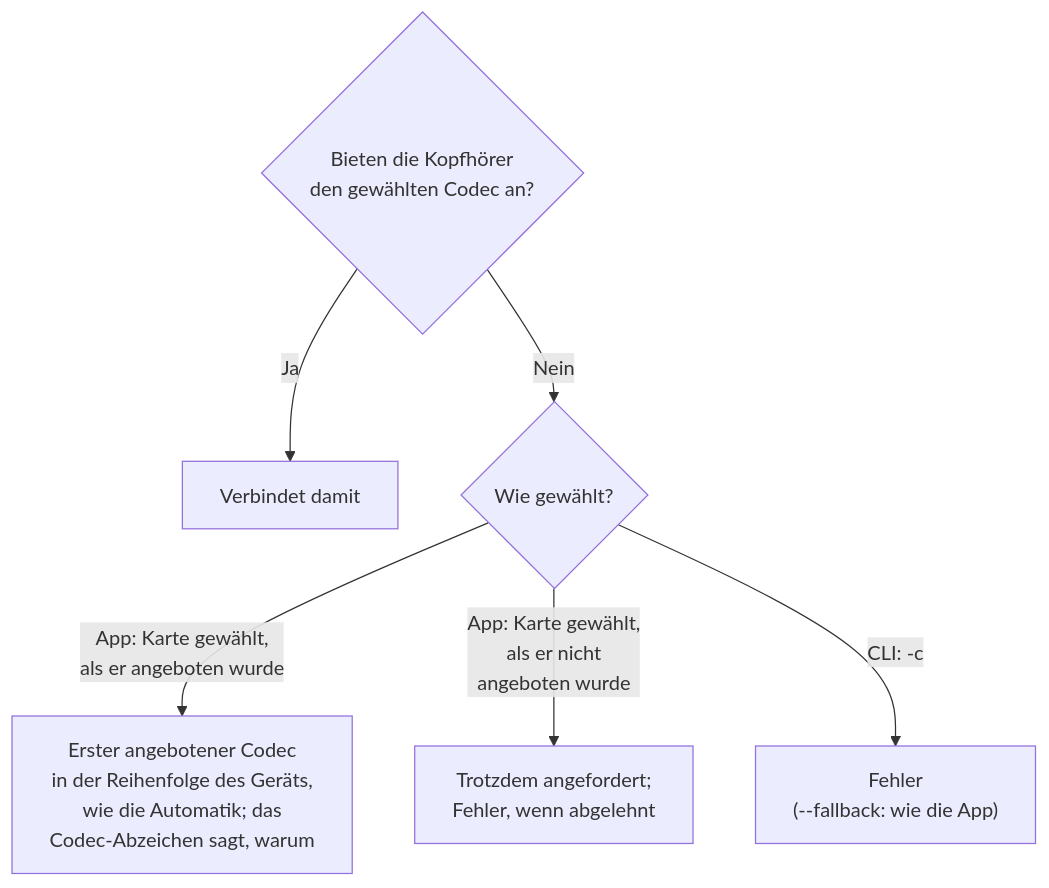
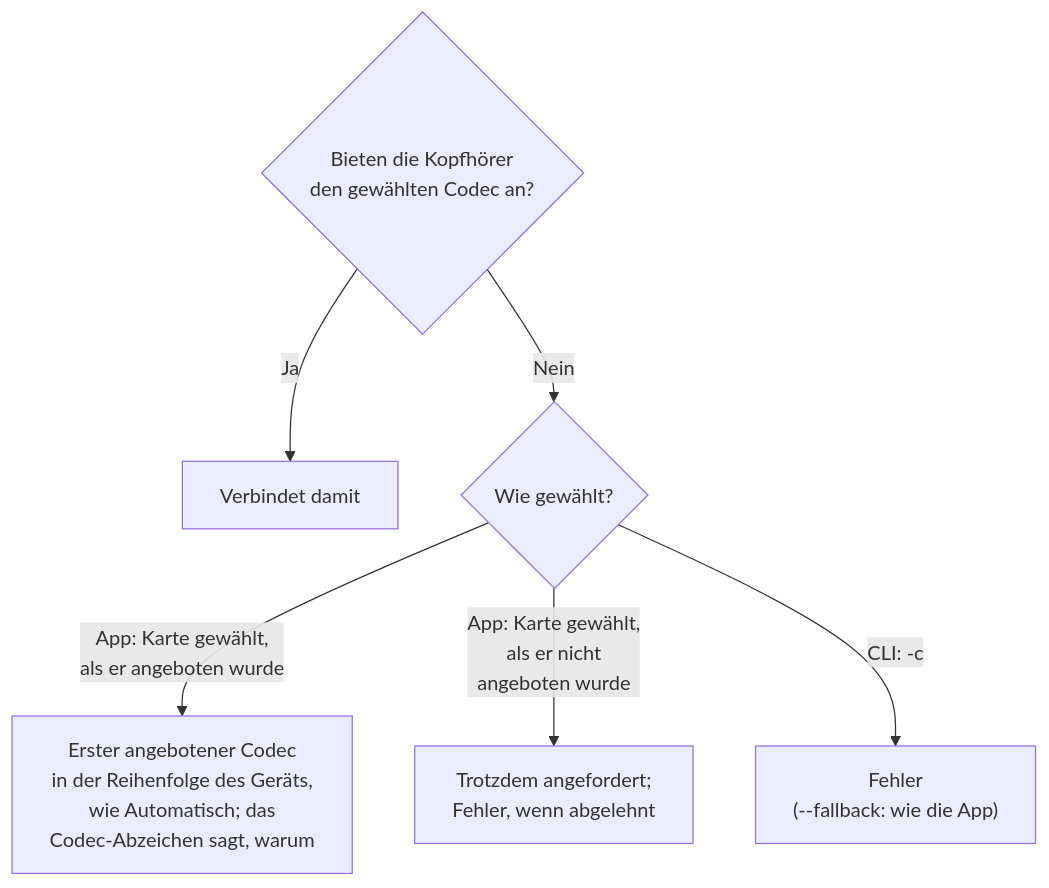
Before and after one commit to RxMaxx/A2DP-Windows-Bridge: the second of 2 diagrams in docs/de/usage.md, drawn with Mermaid. The commit also changed other lines of this file and 105 other files, not shown here.

````diff
--- a/docs/de/usage.md
+++ b/docs/de/usage.md
@@ -433,15 +439,15 @@
 ```mermaid
 ---
 config:
   flowchart:
     wrappingWidth: 480
     rankSpacing: 30
 ---
 flowchart TD
     q{"Bieten die Kopfhörer<br>den gewählten Codec an?"}
     q -->|"Ja"| use["Verbindet damit"]
     q -->|"Nein"| how{"Wie gewählt?"}
-    how -->|"App: Karte gewählt,<br>als er angeboten wurde"| fb["Erster angebotener Codec<br>in der Reihenfolge des Geräts,<br>wie die Automatik; das<br>Codec-Abzeichen sagt, warum"]
+    how -->|"App: Karte gewählt,<br>als er angeboten wurde"| fb["Erster angebotener Codec<br>in der Reihenfolge des Geräts,<br>wie Automatisch; das<br>Codec-Abzeichen sagt, warum"]
     how -->|"App: Karte gewählt,<br>als er nicht<br>angeboten wurde"| force["Trotzdem angefordert;<br>Fehler, wenn abgelehnt"]
     how -->|"CLI: -c"| cli["Fehler<br>(--fallback: wie die App)"]
 ```
````
